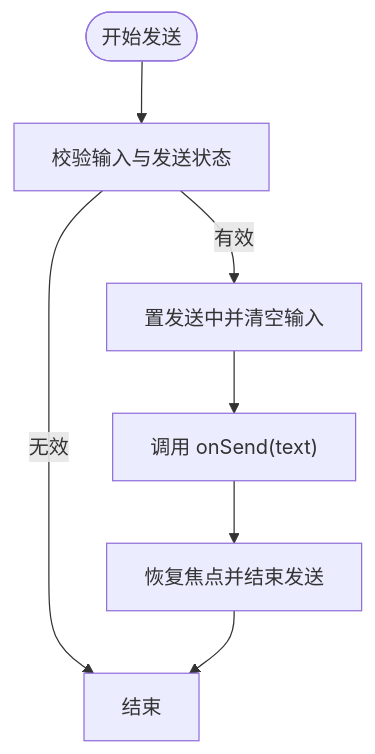
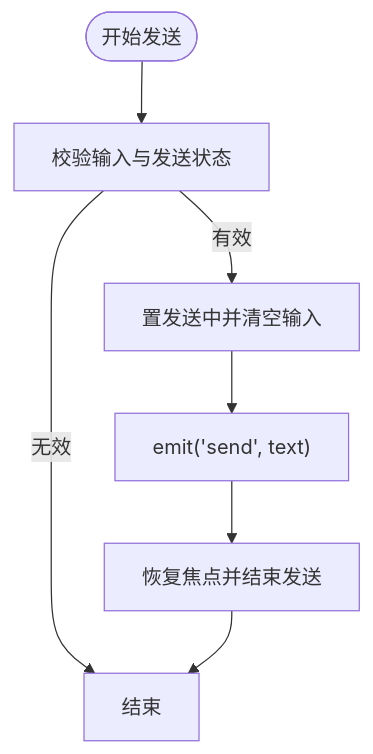
Before and after one commit to hallllla/QAQ-Agent: the third of 6 diagrams in .qoder/repowiki/zh/content/核心组件/核心组件.md, drawn with Mermaid. The commit also changed other lines of this file and 23 other files, not shown here.

````diff
--- a/.qoder/repowiki/zh/content/核心组件/核心组件.md
+++ b/.qoder/repowiki/zh/content/核心组件/核心组件.md
@@ -125,9 +137,9 @@
 ```mermaid
 flowchart TD
 Start(["开始发送"]) --> Validate["校验输入与发送状态"]
 Validate --> |无效| End["结束"]
 Validate --> |有效| Disable["置发送中并清空输入"]
-Disable --> CallAPI["调用 onSend(text)"]
-CallAPI --> Finally["恢复焦点并结束发送"]
+Disable --> Emit["emit('send', text)"]
+Emit --> Finally["恢复焦点并结束发送"]
 Finally --> End
 ```
````
